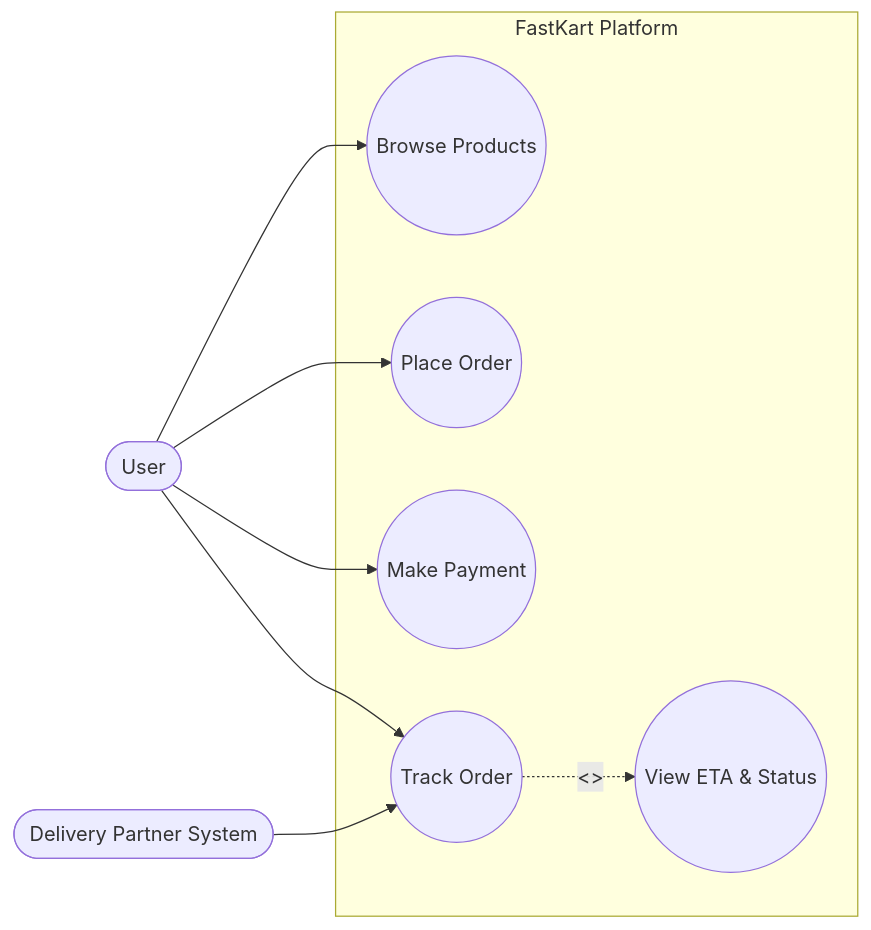
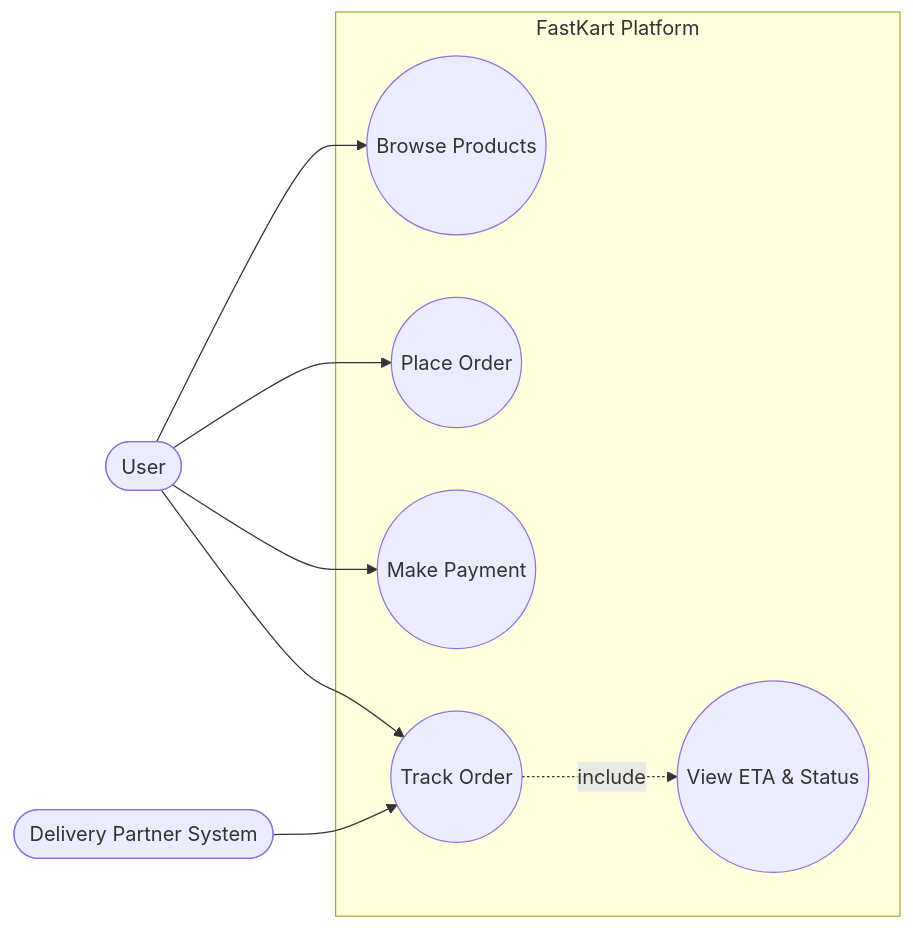
One commit to Attash2312/SRE changed the third of 6 diagrams in 10_past_papers_solved.md. Above: the diagram before and after it, drawn with Mermaid. The commit also changed other lines of this file and 3 other files, not shown here.

````diff
--- a/10_past_papers_solved.md
+++ b/10_past_papers_solved.md
@@ -309,19 +311,19 @@
 ```mermaid
 flowchart LR
 U([User])
 D([Delivery Partner System])
 subgraph FK[FastKart Platform]
   UC1((Browse Products))
   UC2((Place Order))
   UC3((Make Payment))
   UC4((Track Order))
   UC5((View ETA & Status))
 end
 
 U --> UC1
 U --> UC2
 U --> UC3
 U --> UC4
-UC4 -. <<include>> .-> UC5
+UC4 -.->|include| UC5
 D --> UC4
 ```
````
